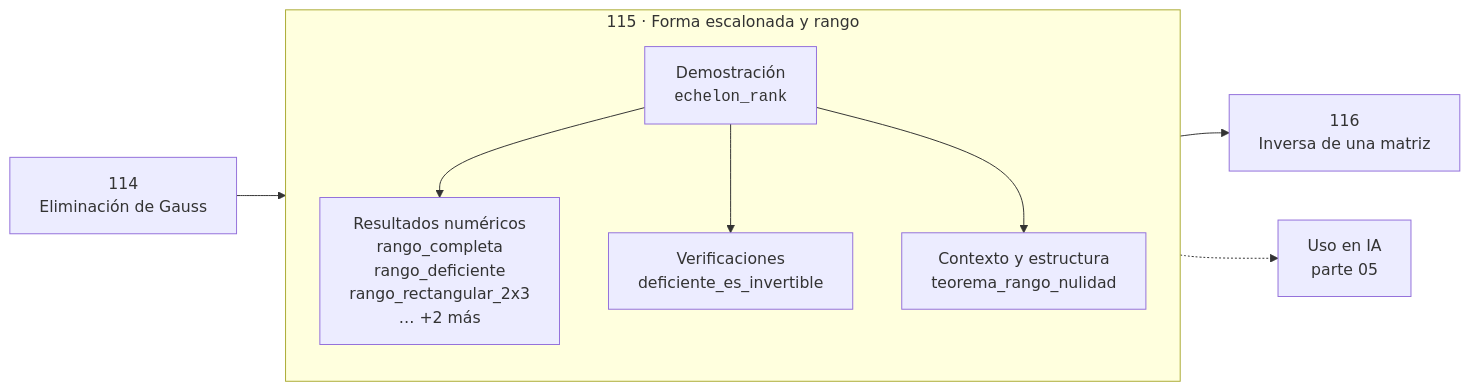
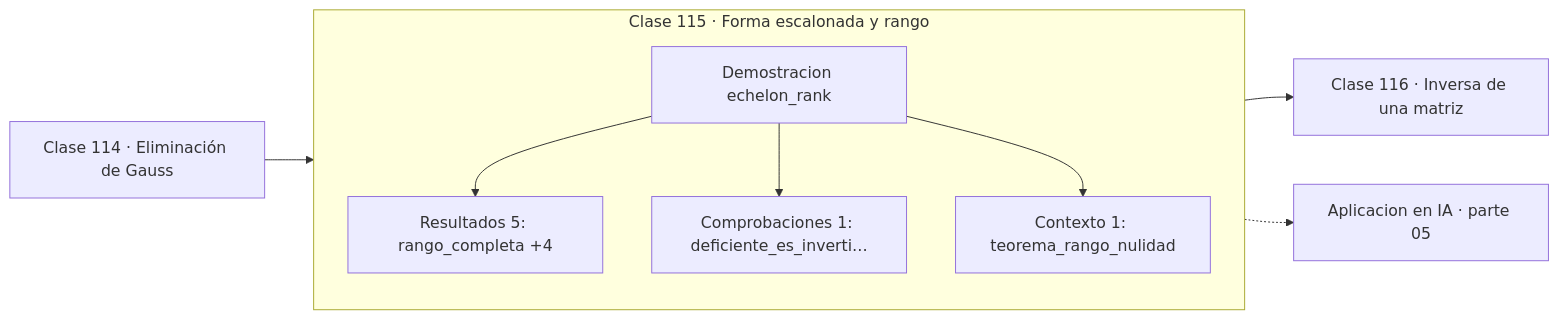
Before and after one commit to vladimiracunadev-create/computational-mathematics-program: the diagram in classes/part-05-algebra-lineal-i-vectores-y-matrices/115-forma-escalonada-y-rango/README.md, drawn with Mermaid. The commit also changed 389 other files, not shown here.

First line of the commit message:
fix(diagramas): elimina el HTML de las etiquetas Mermaid

````diff
--- a/classes/part-05-algebra-lineal-i-vectores-y-matrices/115-forma-escalonada-y-rango/README.md
+++ b/classes/part-05-algebra-lineal-i-vectores-y-matrices/115-forma-escalonada-y-rango/README.md
@@ -30,12 +30,13 @@
 ```mermaid
 flowchart LR
-    P["114<br/>Eliminación de Gauss"] --> C
-    subgraph C["115 · Forma escalonada y rango"]
+    P["Clase 114 · Eliminación de Gauss"] --> D
+    subgraph CLASE["Clase 115 · Forma escalonada y rango"]
         direction TB
-        D["Demostración<br/><code>echelon_rank</code>"] --> R["Resultados numéricos<br/>rango_completa<br/>rango_deficiente<br/>rango_rectangular_2x3<br/>… +2 más"]
-        D --> V["Verificaciones<br/>deficiente_es_invertible"]
-        D --> O["Contexto y estructura<br/>teorema_rango_nulidad"]
+        D["Demostracion echelon_rank"]
+        D --> R["Resultados 5: rango_completa +4"]
+        D --> V["Comprobaciones 1: deficiente_es_inverti…"]
+        D --> O["Contexto 1: teorema_rango_nulidad"]
     end
-    C --> N["116<br/>Inversa de una matriz"]
-    C -.-> IA["Uso en IA<br/>parte 05"]
+    R --> N["Clase 116 · Inversa de una matriz"]
+    V -.-> IA["Aplicacion en IA · parte 05"]
 ```
````
